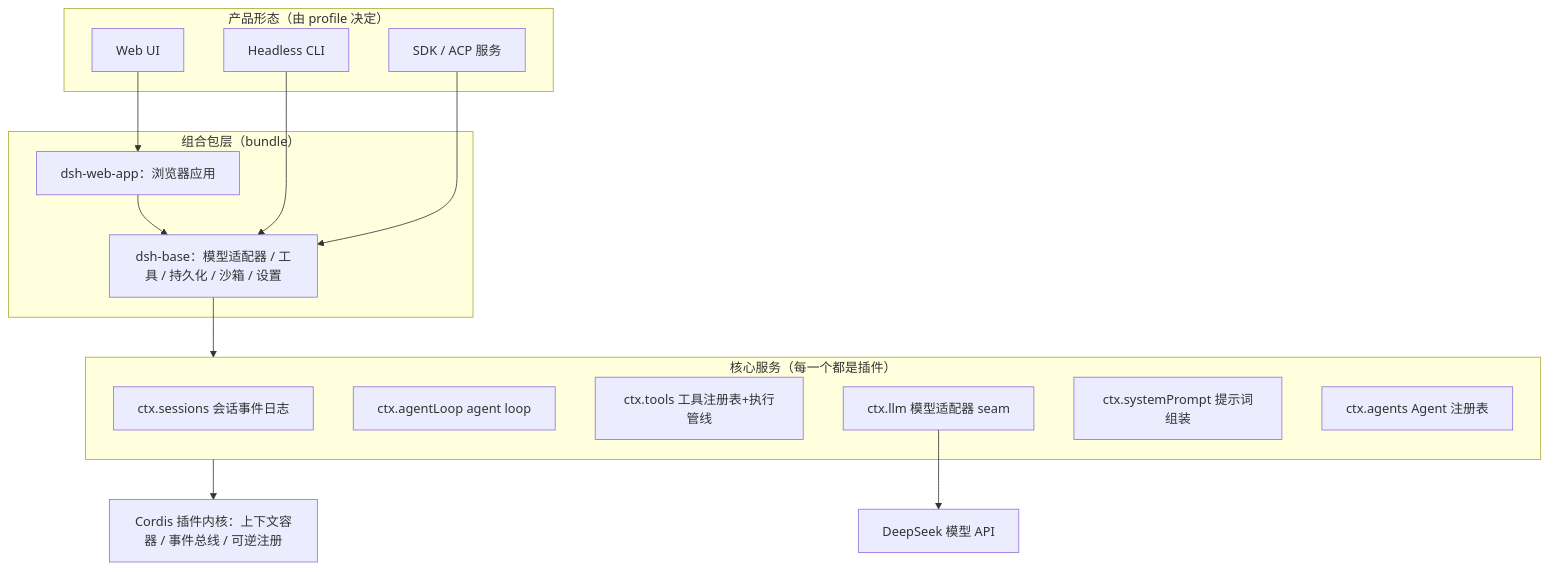
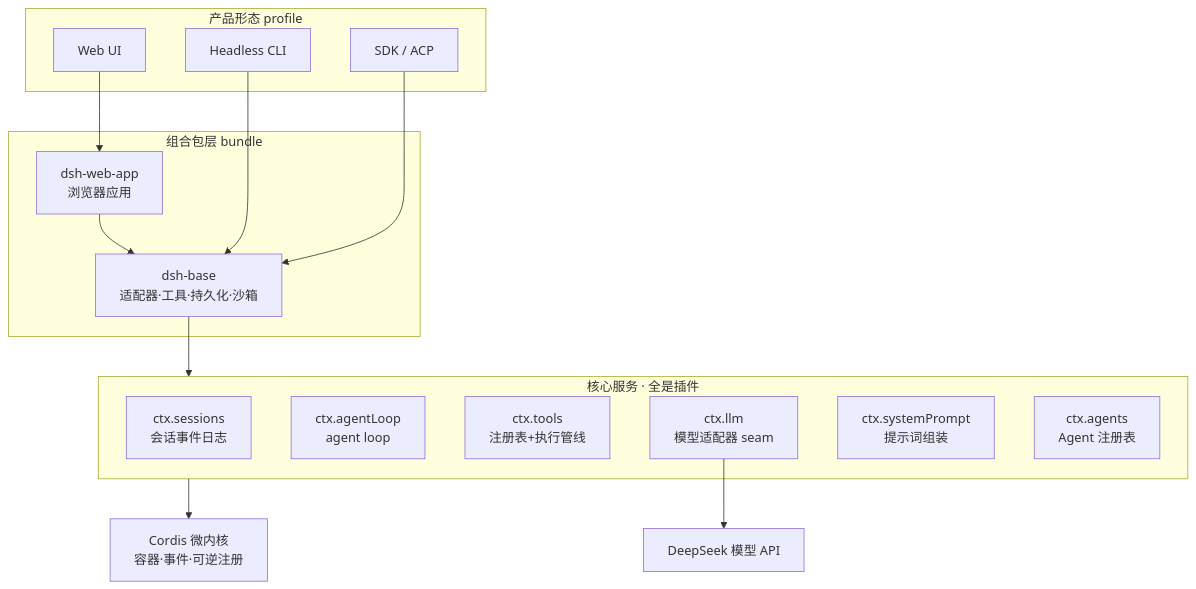
The first of 2 diagrams in notes/00-总览与设计.md (jesongit/learn-dsh), drawn with Mermaid before and after one commit. The commit also changed other lines of this file and 1 other file, not shown here.

Commit message:
docs(教材): Mermaid 防中文截断规范（短标签/换行/字体指令），重写第 0 章配图

````diff
--- a/notes/00-总览与设计.md
+++ b/notes/00-总览与设计.md
@@ -24,28 +24,29 @@
 ```mermaid
+%%{init: {"fontFamily": "Microsoft YaHei"}}%%
 flowchart TB
-    subgraph products["产品形态（由 profile 决定）"]
+    subgraph products["产品形态 profile"]
         WEB["Web UI"]
         HEAD["Headless CLI"]
-        SDKAPP["SDK / ACP 服务"]
+        SDKAPP["SDK / ACP"]
     end
-    subgraph bundles["组合包层（bundle）"]
-        BASE["dsh-base：模型适配器 / 工具 / 持久化 / 沙箱 / 设置"]
-        WEBAPP["dsh-web-app：浏览器应用"]
+    subgraph bundles["组合包层 bundle"]
+        BASE["dsh-base<br/>适配器·工具·持久化·沙箱"]
+        WEBAPP["dsh-web-app<br/>浏览器应用"]
     end
-    subgraph core["核心服务（每一个都是插件）"]
-        SESS["ctx.sessions 会话事件日志"]
-        LOOP["ctx.agentLoop agent loop"]
-        TOOLS["ctx.tools 工具注册表+执行管线"]
-        LLM["ctx.llm 模型适配器 seam"]
-        SP["ctx.systemPrompt 提示词组装"]
-        AG["ctx.agents Agent 注册表"]
+    subgraph core["核心服务 · 全是插件"]
+        SESS["ctx.sessions<br/>会话事件日志"]
+        LOOP["ctx.agentLoop<br/>agent loop"]
+        TOOLS["ctx.tools<br/>注册表+执行管线"]
+        LLM["ctx.llm<br/>模型适配器 seam"]
+        SP["ctx.systemPrompt<br/>提示词组装"]
+        AG["ctx.agents<br/>Agent 注册表"]
     end
-    KERNEL["Cordis 插件内核：上下文容器 / 事件总线 / 可逆注册"]
+    KERNEL["Cordis 微内核<br/>容器·事件·可逆注册"]
     MODEL["DeepSeek 模型 API"]
     WEB --> WEBAPP --> BASE
     HEAD --> BASE
     SDKAPP --> BASE
     BASE --> core
     core --> KERNEL
     LLM --> MODEL
 ```
````
